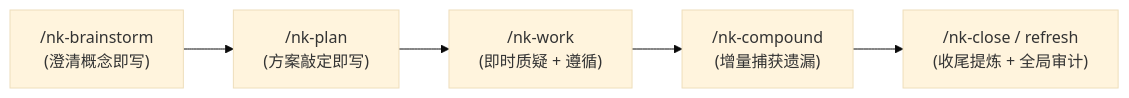
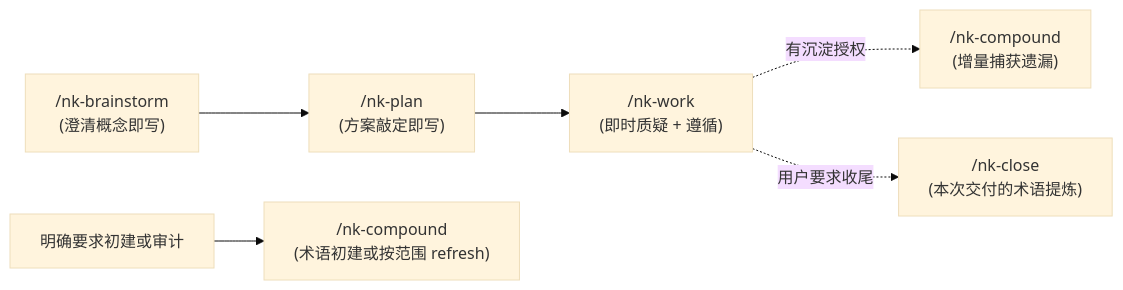
Before and after one commit to steven123397/nexuskit-skills: the diagram in skills/conventions/concepts-vocabulary.md, drawn with Mermaid (base theme). The commit also changed other lines of this file and 13 other files, not shown here.

````diff
--- a/skills/conventions/concepts-vocabulary.md
+++ b/skills/conventions/concepts-vocabulary.md
@@ -30,7 +30,8 @@
 ```mermaid
 flowchart LR
     B["/nk-brainstorm<br>(澄清概念即写)"] --> P["/nk-plan<br>(方案敲定即写)"]
     P --> W["/nk-work<br>(即时质疑 + 遵循)"]
-    W --> C["/nk-compound<br>(增量捕获遗漏)"]
-    C --> R["/nk-close / refresh<br>(收尾提炼 + 全局审计)"]
+    W -. "有沉淀授权" .-> C["/nk-compound<br>(增量捕获遗漏)"]
+    W -. "用户要求收尾" .-> R["/nk-close<br>(本次交付的术语提炼)"]
+    A["明确要求初建或审计"] --> S["/nk-compound<br>(术语初建或按范围 refresh)"]
 ```
````
